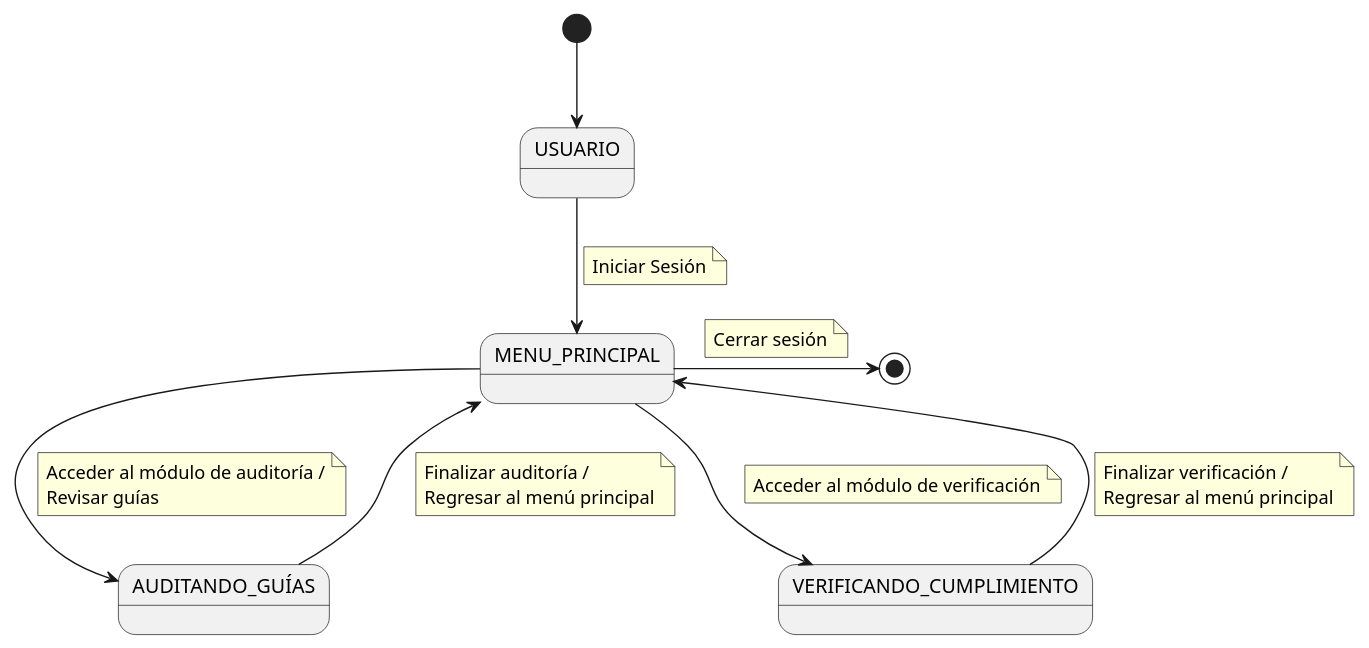
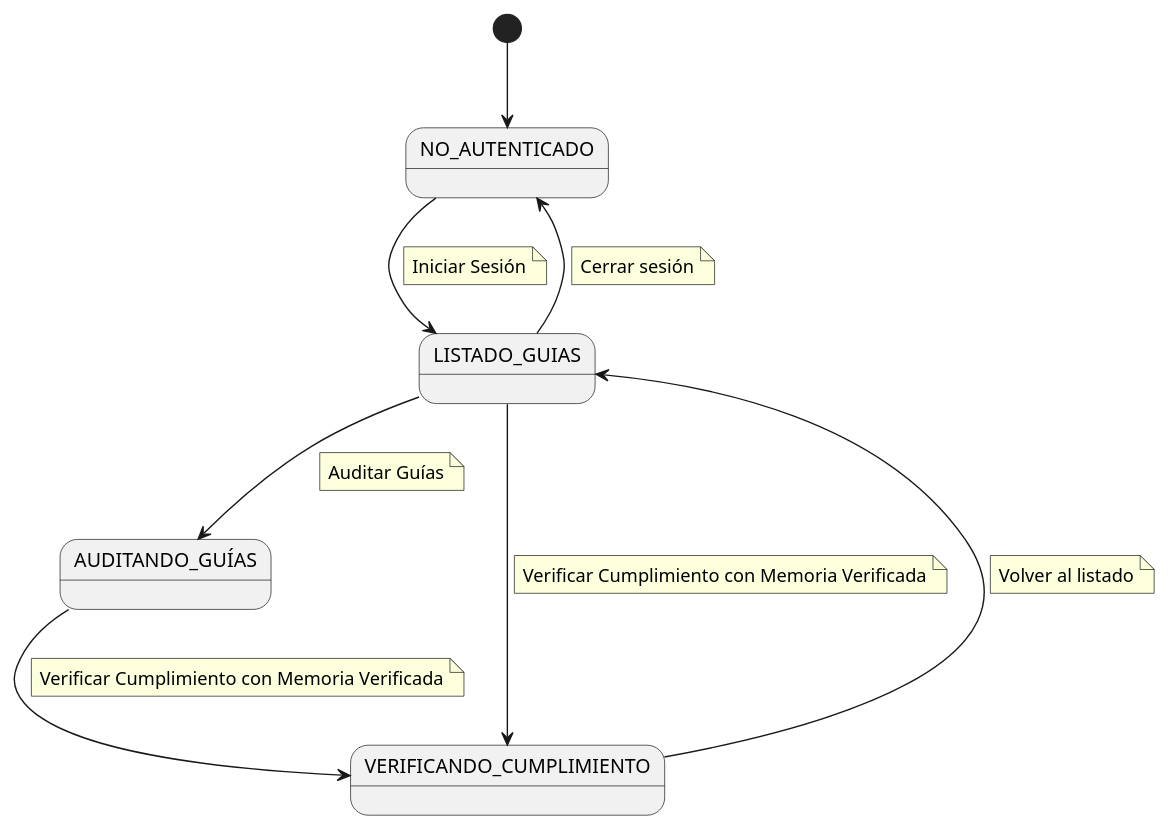
The diagram in CasosDeUso/diagramaDeContexto/DiagramaDeContextoDirectorCalidad.puml (mmasias/24-25-IdSw1-SDR), drawn with PlantUML before and after one commit. The commit also changed 4 other files, not shown here.

Commit message:
Diagramas de Contexto por actores

```diff
--- a/CasosDeUso/diagramaDeContexto/DiagramaDeContextoDirectorCalidad.puml
+++ b/CasosDeUso/diagramaDeContexto/DiagramaDeContextoDirectorCalidad.puml
@@ -1,44 +1,41 @@
 @startuml diagramaContextoDirectorCalidad
 
-state "USUARIO" as Usuario
-state "MENU_PRINCIPAL" as MenuPrincipal
+state "NO_AUTENTICADO" as NoAutenticado
+state "LISTADO_GUIAS" as ListadoGuias
 state "AUDITANDO_GUÍAS" as AuditandoGuias
 state "VERIFICANDO_CUMPLIMIENTO" as VerificandoCumplimiento
 
-[*] -->Usuario
+[*] -->NoAutenticado
    
-Usuario --> MenuPrincipal
+NoAutenticado --> ListadoGuias
      note on link 
        Iniciar Sesión
     end note
 
-MenuPrincipal -> [*]
+ListadoGuias --> NoAutenticado
     note on link
         Cerrar sesión
     end note
 
 
-MenuPrincipal --> AuditandoGuias
+ListadoGuias --> AuditandoGuias
     note on link
-        Acceder al módulo de auditoría /
-        Revisar guías
+        Auditar Guías
     end note
 
-AuditandoGuias --> MenuPrincipal
+AuditandoGuias --> VerificandoCumplimiento
     note on link
-        Finalizar auditoría /
-        Regresar al menú principal
+        Verificar Cumplimiento con Memoria Verificada
     end note
 
-MenuPrincipal --> VerificandoCumplimiento
+ListadoGuias --> VerificandoCumplimiento
     note on link
-        Acceder al módulo de verificación
+        Verificar Cumplimiento con Memoria Verificada
     end note
 
-VerificandoCumplimiento --> MenuPrincipal
+VerificandoCumplimiento --> ListadoGuias
     note on link
-        Finalizar verificación /
-        Regresar al menú principal
+        Volver al listado
     end note
 
 @enduml
```
